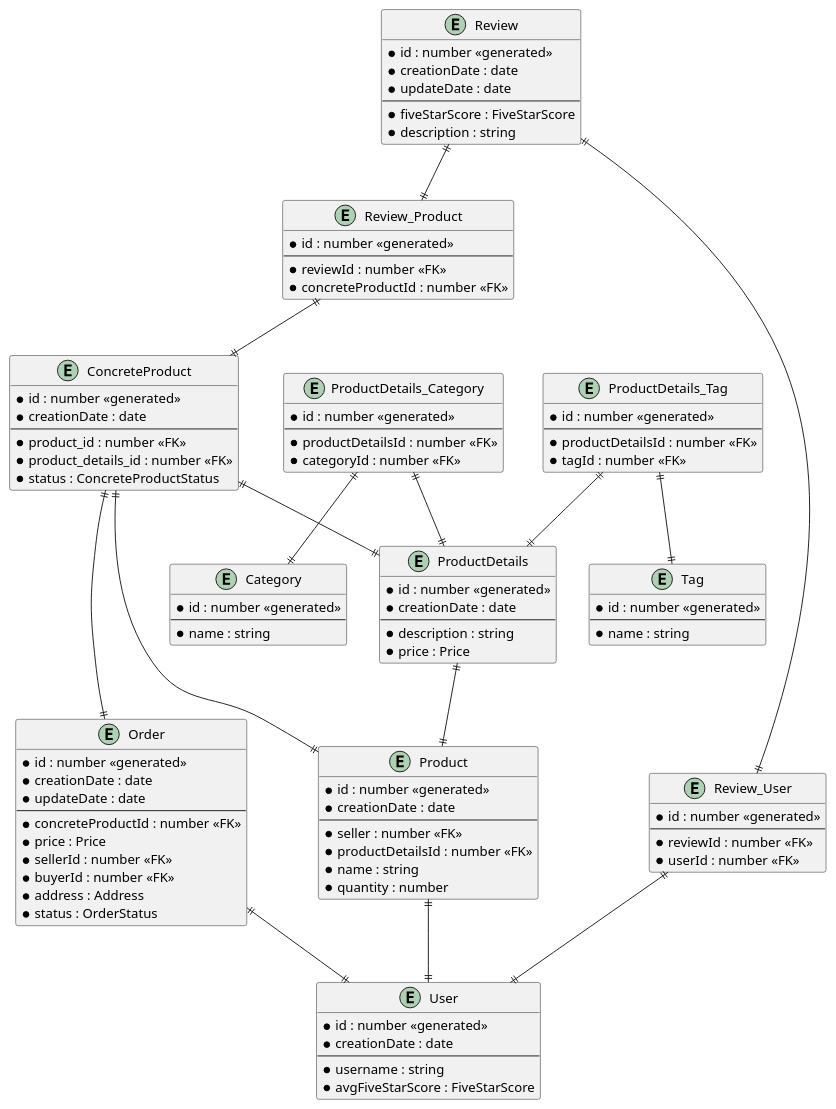
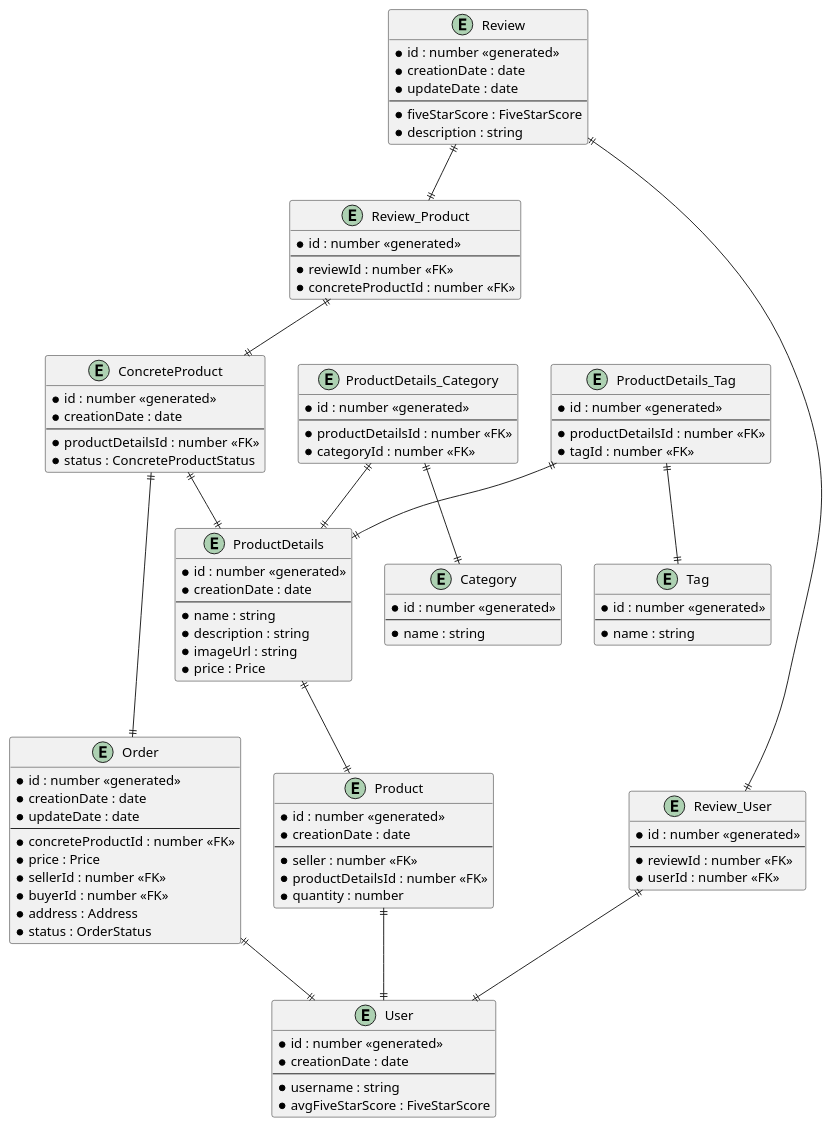
Before and after one commit to BartoszSocki/spring-sveltekit-oauth2-proof-of-concept: the diagram in uml/erd-db.plantuml, drawn with PlantUML.

Commit message:
changed: erd db diagram, because some tables changed columns

```diff
--- a/uml/erd-db.plantuml
+++ b/uml/erd-db.plantuml
@@ -1,118 +1,117 @@
 @startuml
 ' skinparam linetype ortho
 
 entity "Product" as product {
   *id : number <<generated>>
   *creationDate : date
   --
   *seller : number <<FK>>
   *productDetailsId : number <<FK>>
-  *name : string
   *quantity : number
 }
 
 entity "ProductDetails" as productDetails {
   *id : number <<generated>>
   *creationDate : date
   --
+  *name : string
   *description : string
+  *imageUrl : string
   *price : Price
 }
 
 entity "ConcreteProduct" as concreteProduct {
   *id : number <<generated>>
   *creationDate : date
   --
-  *product_id : number <<FK>>
-  *product_details_id : number <<FK>>
+  *productDetailsId : number <<FK>>
   *status : ConcreteProductStatus
 }
 
 entity "ProductDetails_Category" as productDetails_Category {
   *id : number <<generated>>
   --
   *productDetailsId : number <<FK>>
   *categoryId : number <<FK>>
 }
 
 entity "ProductDetails_Tag" as productDetails_Tag {
   *id : number <<generated>>
   --
   *productDetailsId : number <<FK>>
   *tagId : number <<FK>>
 }
 
 entity "Tag" as tag {
   *id : number <<generated>>
   --
   *name : string
 }
 
 entity "Category" as category {
   *id : number <<generated>>
   --
   *name : string
 }
 
 entity "Review" as review {
   *id : number <<generated>>
   *creationDate : date
   *updateDate : date
   --
   *fiveStarScore : FiveStarScore
   *description : string
 }
 
 entity "Review_Product" as review_Product {
   *id : number <<generated>>
   --
   *reviewId : number <<FK>>
   *concreteProductId : number <<FK>>
 }
 
 entity "Review_User" as review_User {
   *id : number <<generated>>
   --
   *reviewId : number <<FK>>
   *userId : number <<FK>>
 }
 
 entity "User" as user {
   *id : number <<generated>>
   *creationDate : date
   --
   *username : string
   *avgFiveStarScore : FiveStarScore
 }
 
 entity "Order" as order {
   *id : number <<generated>>
   *creationDate : date
   *updateDate : date
   --
   *concreteProductId : number <<FK>>
   *price : Price
   *sellerId : number <<FK>>
   *buyerId : number <<FK>>
   *address : Address
   *status : OrderStatus
 }
 
 productDetails_Tag ||--|| tag
 productDetails_Tag ||--|| productDetails
 productDetails_Category ||--|| category
 productDetails_Category ||--|| productDetails
 productDetails ||--|| product
 
 review_Product ||--|| concreteProduct
 review_User ||--|| user
 review ||--|| review_User
 review ||--|| review_Product
 
 order ||--|| user
 product ||--|| user
 
-concreteProduct ||--|| product
 concreteProduct ||--|| productDetails
 concreteProduct ||--|| order
 @enduml
```
